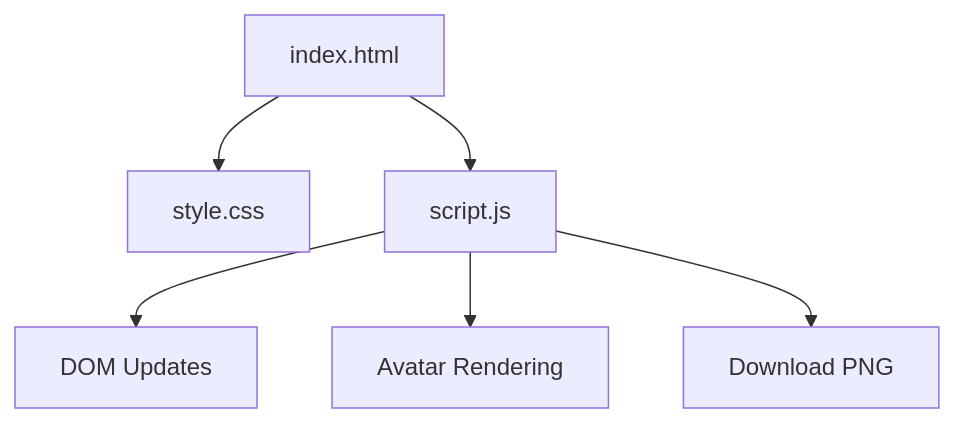
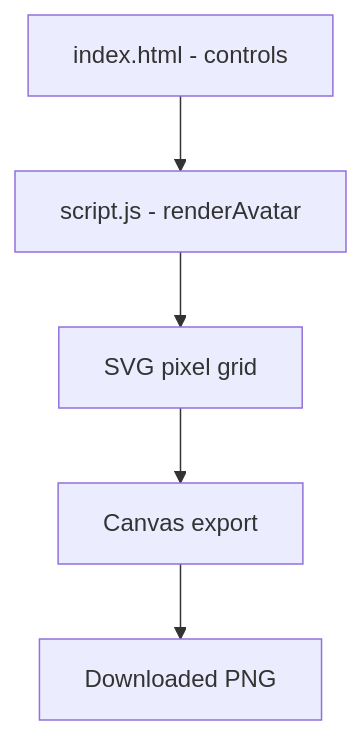
Before and after one commit to Anubhutisharma-07/cradle: the diagram in misc/avatar-creator/ARCHITECTURE.md, drawn with Mermaid. The commit also changed other lines of this file and 3 other files, not shown here.

Commit message:
Rebuild avatar using pixel grid for true pixel-art style

````diff
--- a/misc/avatar-creator/ARCHITECTURE.md
+++ b/misc/avatar-creator/ARCHITECTURE.md
@@ -35,8 +39,7 @@
 ```mermaid
 graph TD
-A[index.html] --> B[style.css]
-A --> C[script.js]
-C --> D[DOM Updates]
-C --> E[Avatar Rendering]
-C --> F[Download PNG]
+    A[index.html - controls] --> B[script.js - renderAvatar]
+    B --> C[SVG pixel grid]
+    C --> D[Canvas export]
+    D --> E[Downloaded PNG]
 ```
````
